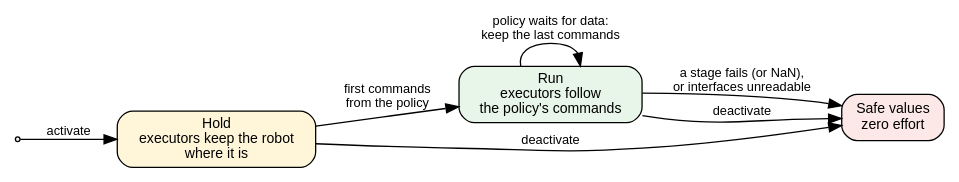
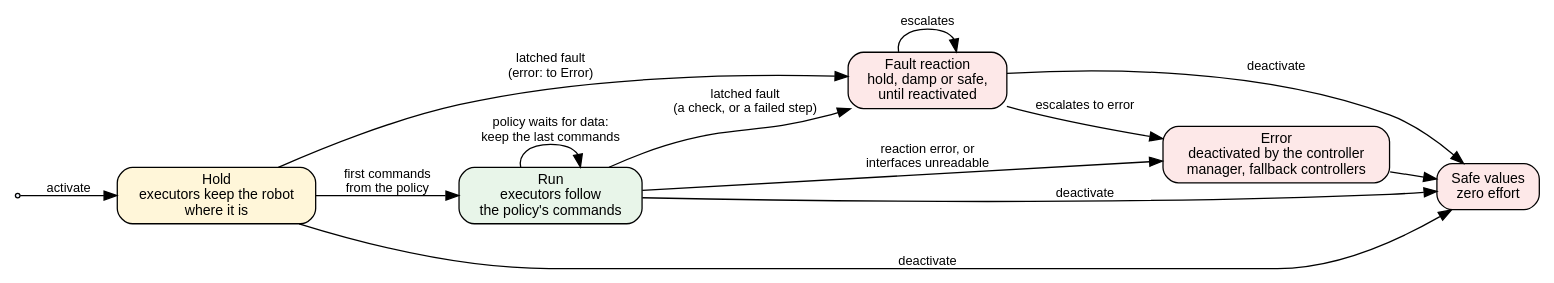
One commit to saikishor/ros2_policy_framework changed the first of 3 diagrams in docs/safety.rst. Above: the diagram before and after it, drawn with Graphviz. The commit also changed other lines of this file and 4 other files, not shown here.

Commit message:
Document the fault reactions of PolicyController and update its diagrams

```diff
--- a/docs/safety.rst
+++ b/docs/safety.rst
@@ -10,17 +10,25 @@
 .. graphviz::
 
    digraph lifecycle {
      rankdir=LR;
      node [shape=box, style="rounded,filled", fillcolor="#eef3fb", fontname="Helvetica", fontsize=11];
      edge [fontname="Helvetica", fontsize=10];
      start [shape=point];
      hold [label="Hold\nexecutors keep the robot\nwhere it is", fillcolor="#fff6d9"];
      run [label="Run\nexecutors follow\nthe policy's commands", fillcolor="#e8f5e9"];
      safe [label="Safe values\nzero effort", fillcolor="#fde8e8"];
+     fault [label="Fault reaction\nhold, damp or safe,\nuntil reactivated", fillcolor="#fde8e8"];
+     error [label="Error\ndeactivated by the controller\nmanager, fallback controllers", fillcolor="#fde8e8"];
      start -> hold [label="activate"];
      hold -> run [label="first commands\nfrom the policy"];
      run -> run [label="policy waits for data:\nkeep the last commands"];
-     run -> safe [label="a stage fails (or NaN),\nor interfaces unreadable"];
+     hold -> fault [label="latched fault\n(error: to Error)"];
+     run -> fault [label="latched fault\n(a check, or a failed step)"];
+     fault -> fault [label="escalates"];
+     run -> error [label="reaction error, or\ninterfaces unreadable"];
+     fault -> error [label="escalates to error"];
+     error -> safe;
      hold -> safe [label="deactivate"];
      run -> safe [label="deactivate"];
+     fault -> safe [label="deactivate"];
    }
```
